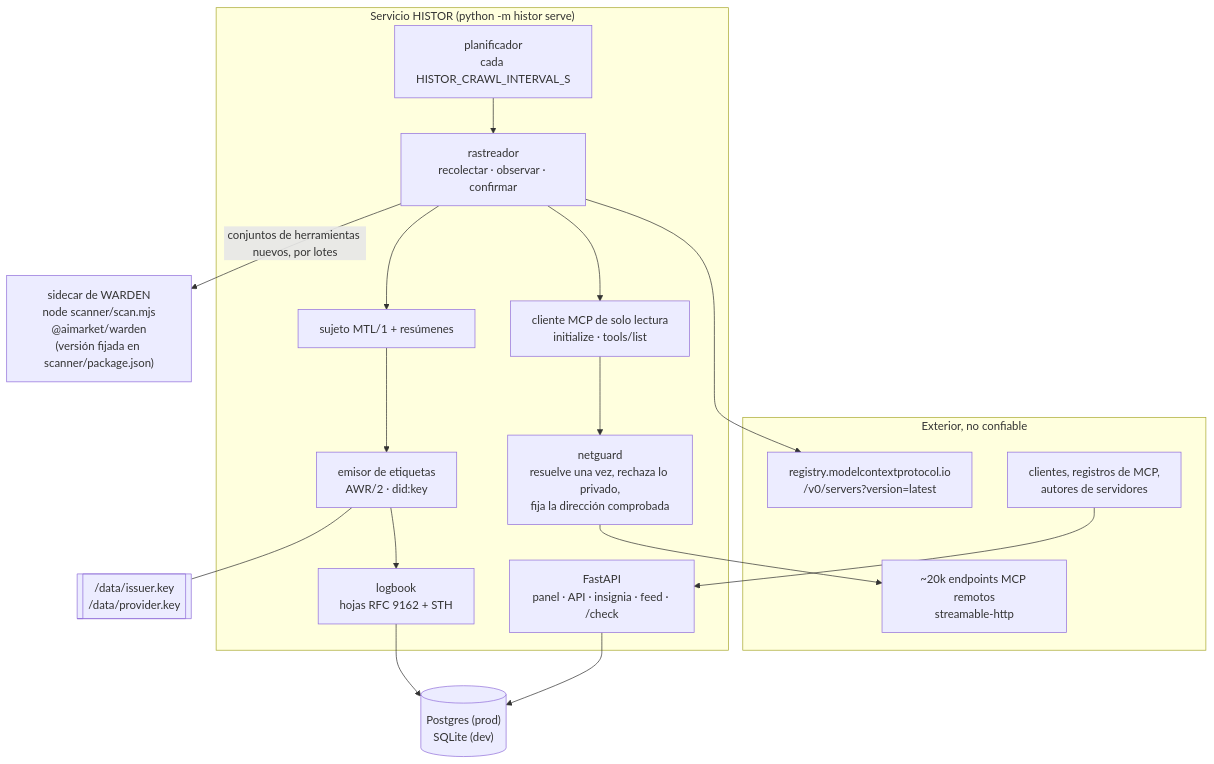
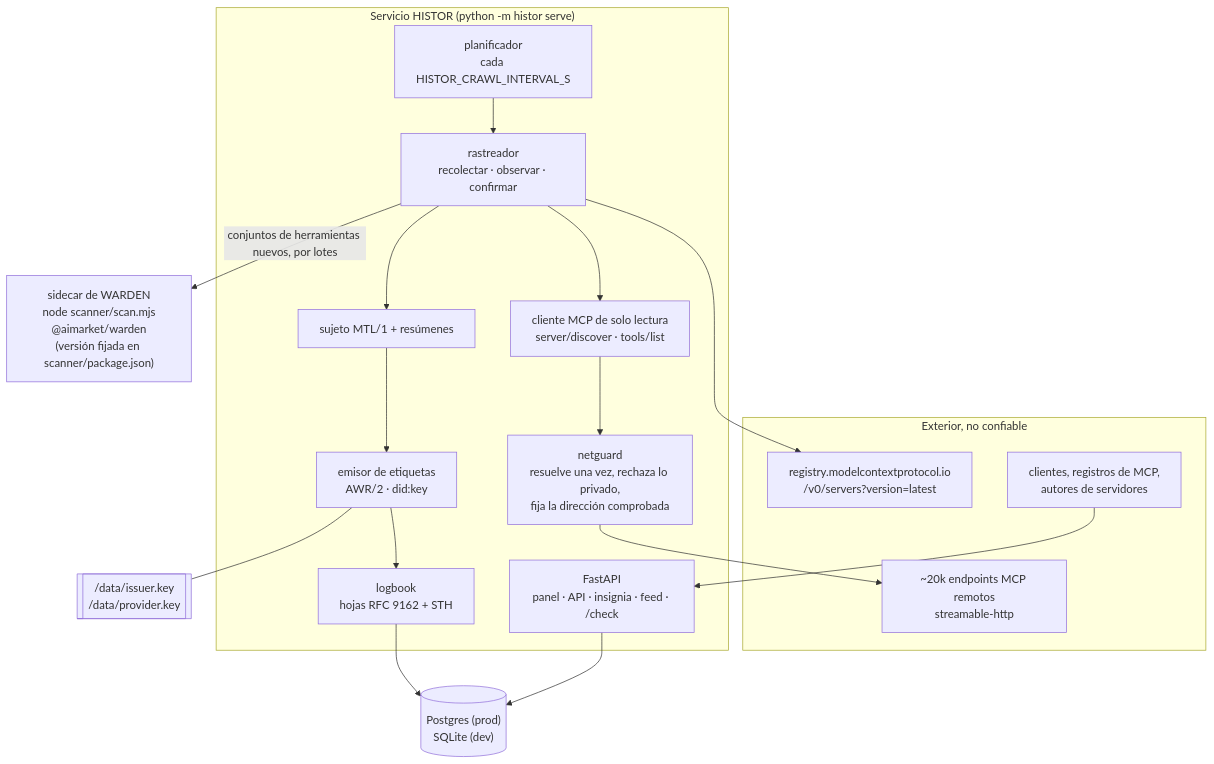
The first of 4 diagrams in docs/architecture.es.md (alexar76/histor), drawn with Mermaid before and after one commit. The commit also changed other lines of this file and 78 other files, not shown here.

````diff
--- a/docs/architecture.es.md
+++ b/docs/architecture.es.md
@@ -9,30 +9,30 @@
 ```mermaid
 flowchart TB
     subgraph Outside["Exterior, no confiable"]
         REG["registry.modelcontextprotocol.io<br/>/v0/servers?version=latest"]
         MCP["~20k endpoints MCP remotos<br/>streamable-http"]
         CLIENT["clientes, registros de MCP,<br/>autores de servidores"]
     end
     subgraph Service["Servicio HISTOR (python -m histor serve)"]
         SCHED["planificador<br/>cada HISTOR_CRAWL_INTERVAL_S"]
         CRAWL["rastreador<br/>recolectar · observar · confirmar"]
         GUARD["netguard<br/>resuelve una vez, rechaza lo privado,<br/>fija la dirección comprobada"]
-        READER["cliente MCP de solo lectura<br/>initialize · tools/list"]
+        READER["cliente MCP de solo lectura<br/>server/discover · tools/list"]
         SUBJ["sujeto MTL/1 + resúmenes"]
         LABELS["emisor de etiquetas<br/>AWR/2 · did:key"]
         LOG["logbook<br/>hojas RFC 9162 + STH"]
         API["FastAPI<br/>panel · API · insignia · feed · /check"]
     end
     SIDE["sidecar de WARDEN<br/>node scanner/scan.mjs<br/>@aimarket/warden<br/>(versión fijada en scanner/package.json)"]
     DB[("Postgres (prod)<br/>SQLite (dev)")]
     KEY[["/data/issuer.key<br/>/data/provider.key"]]
 
     SCHED --> CRAWL
     CRAWL --> REG
     CRAWL --> READER --> GUARD --> MCP
     CRAWL --> SUBJ --> LABELS --> LOG --> DB
     CRAWL -- "conjuntos de herramientas nuevos, por lotes" --> SIDE
     LABELS --- KEY
     API --> DB
     CLIENT --> API
 ```
````
